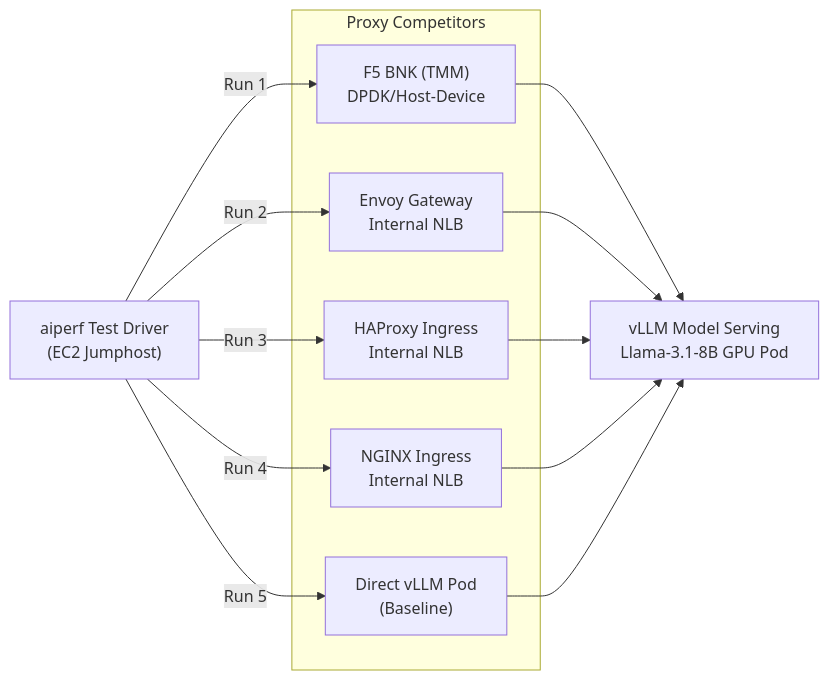
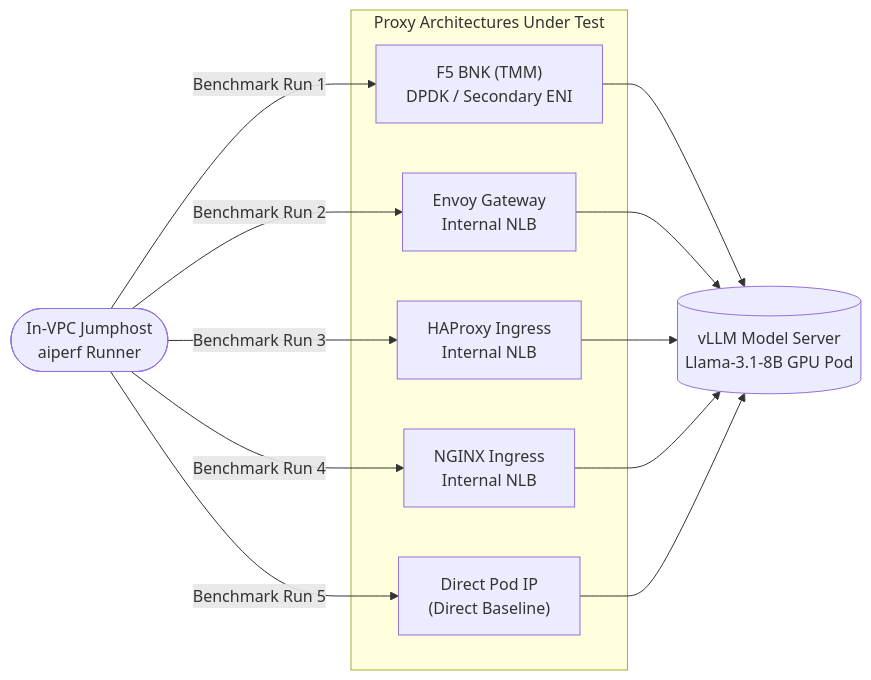
One commit to JLCode-tech/awsbnkctl changed the second of 2 diagrams in docs/BENCHMARKS.md. Above: the diagram before and after it, drawn with Mermaid. The commit also changed other lines of this file and 2 other files, not shown here.

Commit message:
docs: modernize diagrams and remove sales jargon

````diff
--- a/docs/BENCHMARKS.md
+++ b/docs/BENCHMARKS.md
@@ -147,20 +145,20 @@
 ```mermaid
 flowchart LR
-    Client["aiperf Test Driver<br/>(EC2 Jumphost)"]
-    
-    subgraph Proxies["Proxy Competitors"]
-        BNK["F5 BNK (TMM)<br/>DPDK/Host-Device"]
+    Client([In-VPC Jumphost<br/>aiperf Runner])
+
+    subgraph Proxies["Proxy Architectures Under Test"]
+        BNK["F5 BNK (TMM)<br/>DPDK / Secondary ENI"]
         Envoy["Envoy Gateway<br/>Internal NLB"]
         HAProxy["HAProxy Ingress<br/>Internal NLB"]
         NGINX["NGINX Ingress<br/>Internal NLB"]
-        NodePort["Direct vLLM Pod<br/>(Baseline)"]
+        NodePort["Direct Pod IP<br/>(Direct Baseline)"]
     end
 
-    Backend["vLLM Model Serving<br/>Llama-3.1-8B GPU Pod"]
+    Backend[("vLLM Model Server<br/>Llama-3.1-8B GPU Pod")]
 
-    Client -->|Run 1| BNK --> Backend
-    Client -->|Run 2| Envoy --> Backend
-    Client -->|Run 3| HAProxy --> Backend
-    Client -->|Run 4| NGINX --> Backend
-    Client -->|Run 5| NodePort --> Backend
+    Client -->|Benchmark Run 1| BNK --> Backend
+    Client -->|Benchmark Run 2| Envoy --> Backend
+    Client -->|Benchmark Run 3| HAProxy --> Backend
+    Client -->|Benchmark Run 4| NGINX --> Backend
+    Client -->|Benchmark Run 5| NodePort --> Backend
 ```
````
